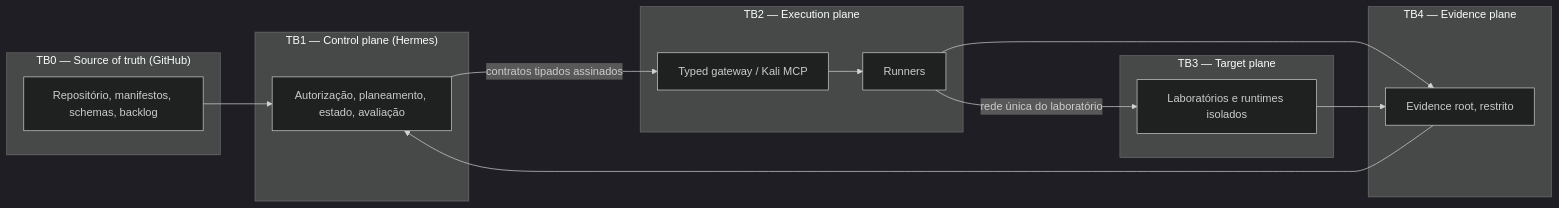
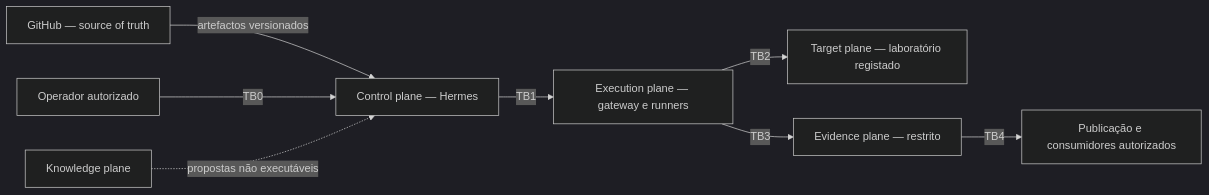
The first of 3 diagrams in docs/architecture/security-validation-reference-architecture.md (pestoura/hermes-security-labs), drawn with Mermaid (dark theme) before and after one commit. The commit also changed other lines of this file, not shown here.

````diff
--- a/docs/architecture/security-validation-reference-architecture.md
+++ b/docs/architecture/security-validation-reference-architecture.md
@@ -8,26 +19,10 @@
 ```mermaid
 flowchart LR
-  subgraph TB0["TB0 — Source of truth (GitHub)"]
-    REPO["Repositório, manifestos, schemas, backlog"]
-  end
-  subgraph TB1["TB1 — Control plane (Hermes)"]
-    ORCH["Autorização, planeamento, estado, avaliação"]
-  end
-  subgraph TB2["TB2 — Execution plane"]
-    GW["Typed gateway / Kali MCP"]
-    RUNNERS["Runners"]
-  end
-  subgraph TB3["TB3 — Target plane"]
-    LABS["Laboratórios e runtimes isolados"]
-  end
-  subgraph TB4["TB4 — Evidence plane"]
-    EVID["Evidence root, restrito"]
-  end
-  REPO --> ORCH
-  ORCH -->|"contratos tipados assinados"| GW
-  GW --> RUNNERS
-  RUNNERS -->|"rede única do laboratório"| LABS
-  RUNNERS --> EVID
-  LABS --> EVID
-  EVID --> ORCH
+  GH["GitHub — source of truth"] -->|"artefactos versionados"| CP["Control plane — Hermes"]
+  OP["Operador autorizado"] -->|"TB0"| CP
+  KN["Knowledge plane"] -. "propostas não executáveis" .-> CP
+  CP -->|"TB1"| XP["Execution plane — gateway e runners"]
+  XP -->|"TB2"| TP["Target plane — laboratório registado"]
+  XP -->|"TB3"| EV["Evidence plane — restrito"]
+  EV -->|"TB4"| PUB["Publicação e consumidores autorizados"]
 ```
````
